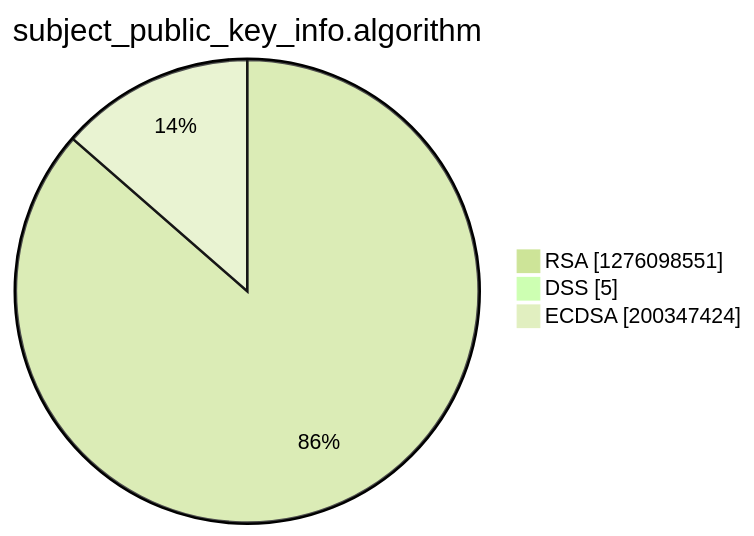
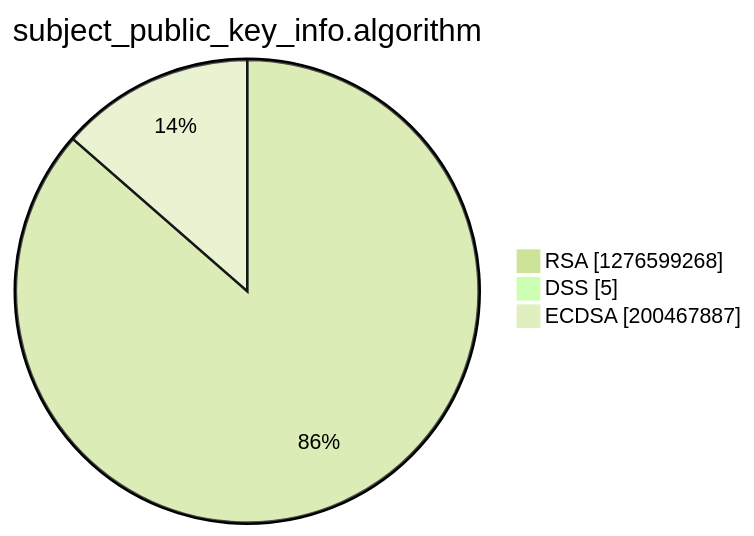
Before and after one commit to christiankrug/ctmonitor_visualization: the third of 15 diagrams in argon2022/README.md, drawn with Mermaid (forest theme). The commit also changed other lines of this file, not shown here.

````diff
--- a/argon2022/README.md
+++ b/argon2022/README.md
@@ -14,7 +14,7 @@
 ```mermaid
 pie showData
 title subject_public_key_info.algorithm
-"RSA" :1276098551
+"RSA" :1276599268
 "DSS" :5
-"ECDSA" :200347424
+"ECDSA" :200467887
 ```
````
